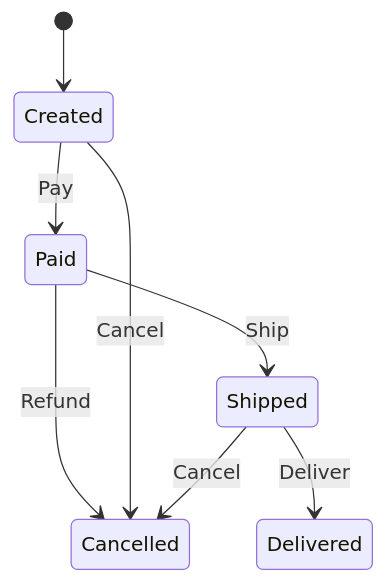
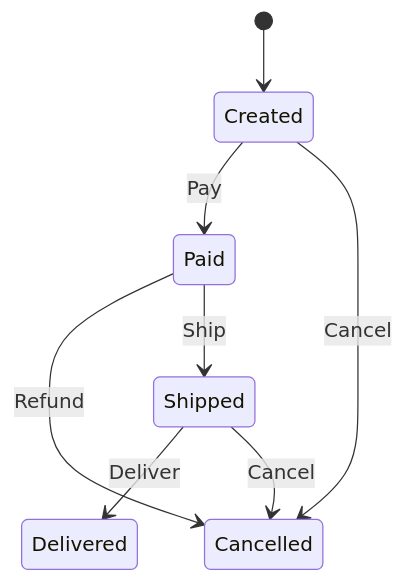
One commit to kookyleo/yasm changed the diagram in docs/order_state_machine.mermaid. Above: the diagram before and after it, drawn with Mermaid. The commit also changed other lines of this file and 4 other files, not shown here.

```diff
--- a/docs/order_state_machine.mermaid
+++ b/docs/order_state_machine.mermaid
@@ -1,8 +1,8 @@
 stateDiagram-v2
     [*] --> Created
+    Created --> Paid : Pay
+    Shipped --> Delivered : Deliver
+    Shipped --> Cancelled : Cancel
+    Created --> Cancelled : Cancel
+    Paid --> Cancelled : Refund
     Paid --> Shipped : Ship
-    Paid --> Cancelled : Refund
-    Created --> Cancelled : Cancel
-    Shipped --> Delivered : Deliver
-    Created --> Paid : Pay
-    Shipped --> Cancelled : Cancel
```
